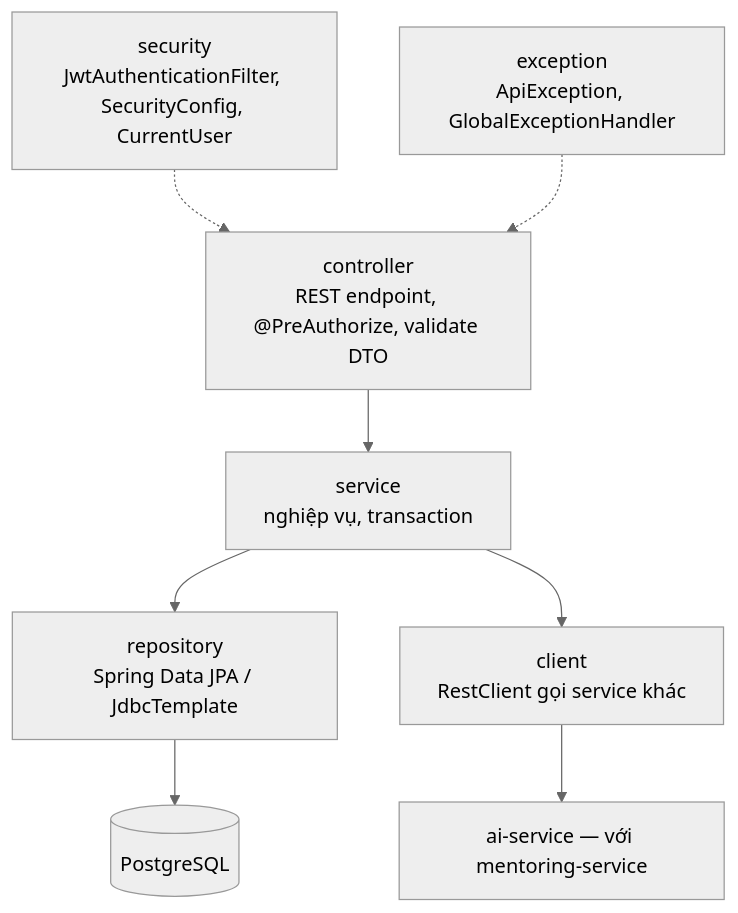
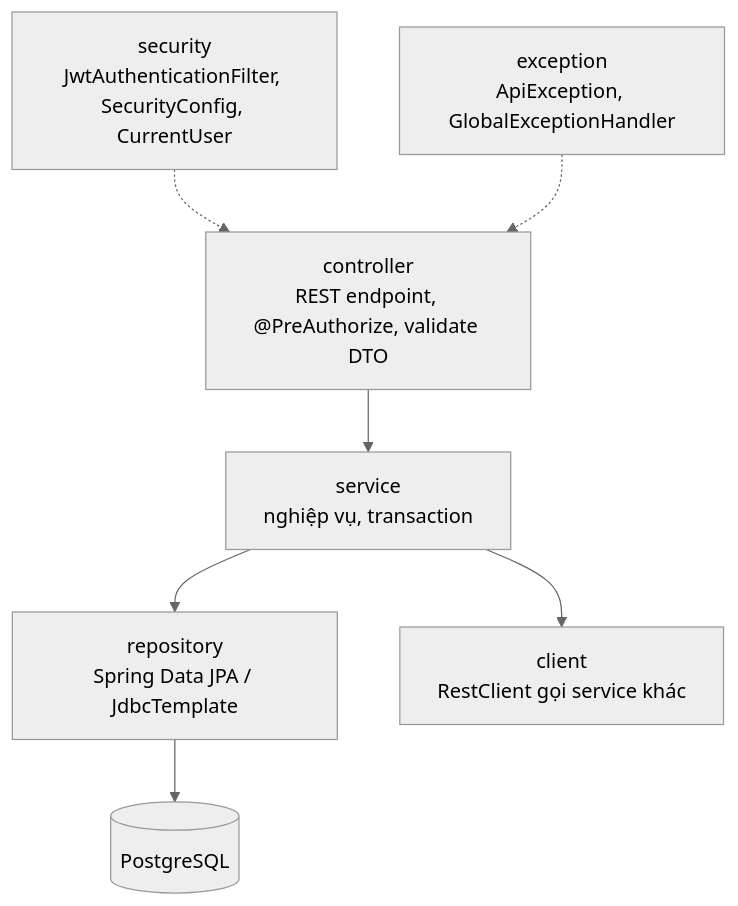
The second of 4 diagrams in docs/architecture.md (quangpham10212004/do_an_2026), drawn with Mermaid (neutral theme) before and after one commit. The commit also changed other lines of this file and 84 other files, not shown here.

````diff
--- a/docs/architecture.md
+++ b/docs/architecture.md
@@ -90,10 +93,9 @@
 ```mermaid
 flowchart TB
     C[controller<br/>REST endpoint, @PreAuthorize, validate DTO] --> S[service<br/>nghiệp vụ, transaction]
     S --> R[repository<br/>Spring Data JPA / JdbcTemplate]
     S --> CL[client<br/>RestClient gọi service khác]
-    CL --> AIS[ai-service — với mentoring-service]
     R --> DB[(PostgreSQL)]
     SEC[security<br/>JwtAuthenticationFilter, SecurityConfig, CurrentUser] -.-> C
     EX[exception<br/>ApiException, GlobalExceptionHandler] -.-> C
 ```
````
